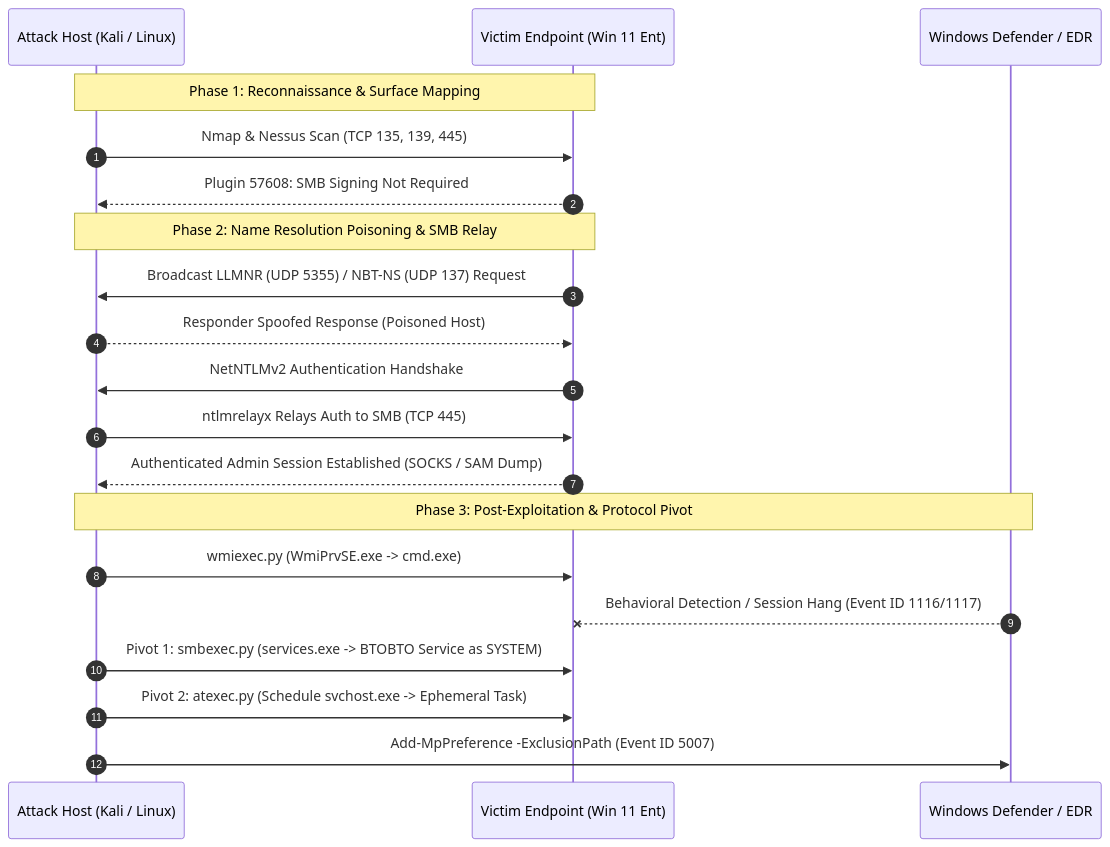
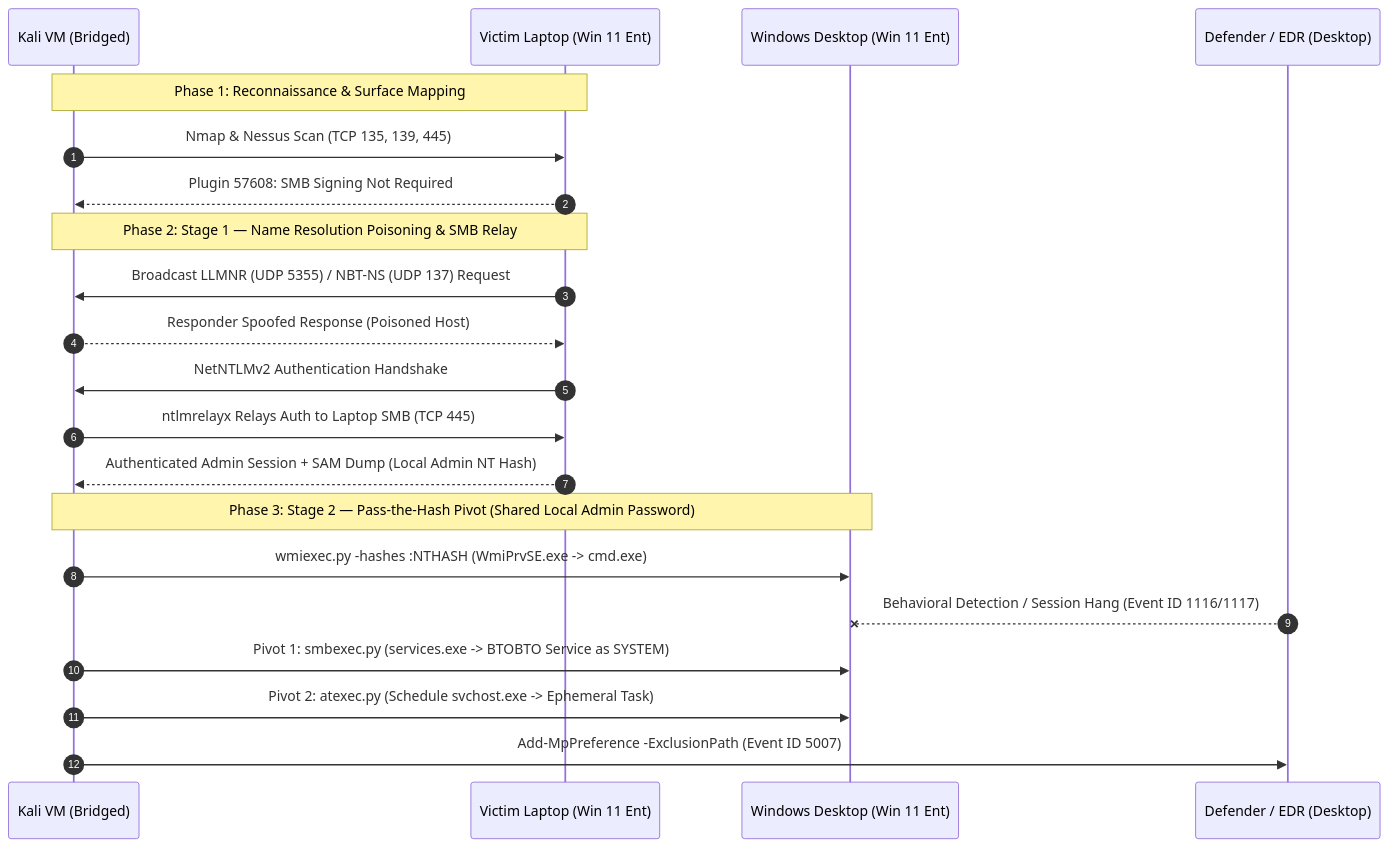
The diagram in Adversary Emulation Case Study.md (jp101216/Red-Team-Notes), drawn with Mermaid before and after one commit. The commit also changed other lines of this file, not shown here.

````diff
--- a/Adversary Emulation Case Study.md
+++ b/Adversary Emulation Case Study.md
@@ -49,25 +68,26 @@
 ```mermaid
 sequenceDiagram
     autonumber
-    participant Attacker as Attack Host (Kali / Linux)
-    participant Victim as Victim Endpoint (Win 11 Ent)
-    participant Defender as Windows Defender / EDR
+    participant Attacker as Kali VM (Bridged)
+    participant Laptop as Victim Laptop (Win 11 Ent)
+    participant Desktop as Windows Desktop (Win 11 Ent)
+    participant Defender as Defender / EDR (Desktop)
 
-    Note over Attacker,Victim: Phase 1: Reconnaissance & Surface Mapping
-    Attacker->>Victim: Nmap & Nessus Scan (TCP 135, 139, 445)
-    Victim-->>Attacker: Plugin 57608: SMB Signing Not Required
+    Note over Attacker,Laptop: Phase 1: Reconnaissance & Surface Mapping
+    Attacker->>Laptop: Nmap & Nessus Scan (TCP 135, 139, 445)
+    Laptop-->>Attacker: Plugin 57608: SMB Signing Not Required
 
-    Note over Attacker,Victim: Phase 2: Name Resolution Poisoning & SMB Relay
-    Victim->>Attacker: Broadcast LLMNR (UDP 5355) / NBT-NS (UDP 137) Request
-    Attacker-->>Victim: Responder Spoofed Response (Poisoned Host)
-    Victim->>Attacker: NetNTLMv2 Authentication Handshake
-    Attacker->>Victim: ntlmrelayx Relays Auth to SMB (TCP 445)
-    Victim-->>Attacker: Authenticated Admin Session Established (SOCKS / SAM Dump)
+    Note over Attacker,Laptop: Phase 2: Stage 1 — Name Resolution Poisoning & SMB Relay
+    Laptop->>Attacker: Broadcast LLMNR (UDP 5355) / NBT-NS (UDP 137) Request
+    Attacker-->>Laptop: Responder Spoofed Response (Poisoned Host)
+    Laptop->>Attacker: NetNTLMv2 Authentication Handshake
+    Attacker->>Laptop: ntlmrelayx Relays Auth to Laptop SMB (TCP 445)
+    Laptop-->>Attacker: Authenticated Admin Session + SAM Dump (Local Admin NT Hash)
 
-    Note over Attacker,Defender: Phase 3: Post-Exploitation & Protocol Pivot
-    Attacker->>Victim: wmiexec.py (WmiPrvSE.exe -> cmd.exe)
-    Defender--xVictim: Behavioral Detection / Session Hang (Event ID 1116/1117)
-    Attacker->>Victim: Pivot 1: smbexec.py (services.exe -> BTOBTO Service as SYSTEM)
-    Attacker->>Victim: Pivot 2: atexec.py (Schedule svchost.exe -> Ephemeral Task)
+    Note over Attacker,Desktop: Phase 3: Stage 2 — Pass-the-Hash Pivot (Shared Local Admin Password)
+    Attacker->>Desktop: wmiexec.py -hashes :NTHASH (WmiPrvSE.exe -> cmd.exe)
+    Defender--xDesktop: Behavioral Detection / Session Hang (Event ID 1116/1117)
+    Attacker->>Desktop: Pivot 1: smbexec.py (services.exe -> BTOBTO Service as SYSTEM)
+    Attacker->>Desktop: Pivot 2: atexec.py (Schedule svchost.exe -> Ephemeral Task)
     Attacker->>Defender: Add-MpPreference -ExclusionPath (Event ID 5007)
 ```
````
